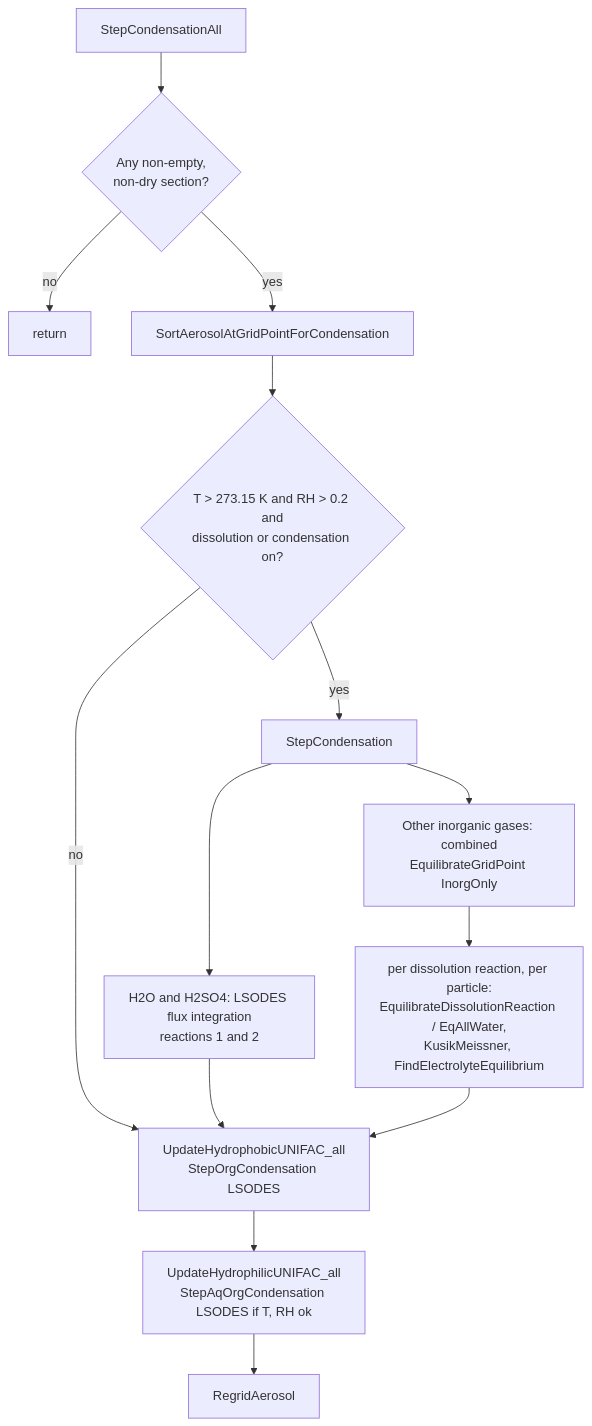
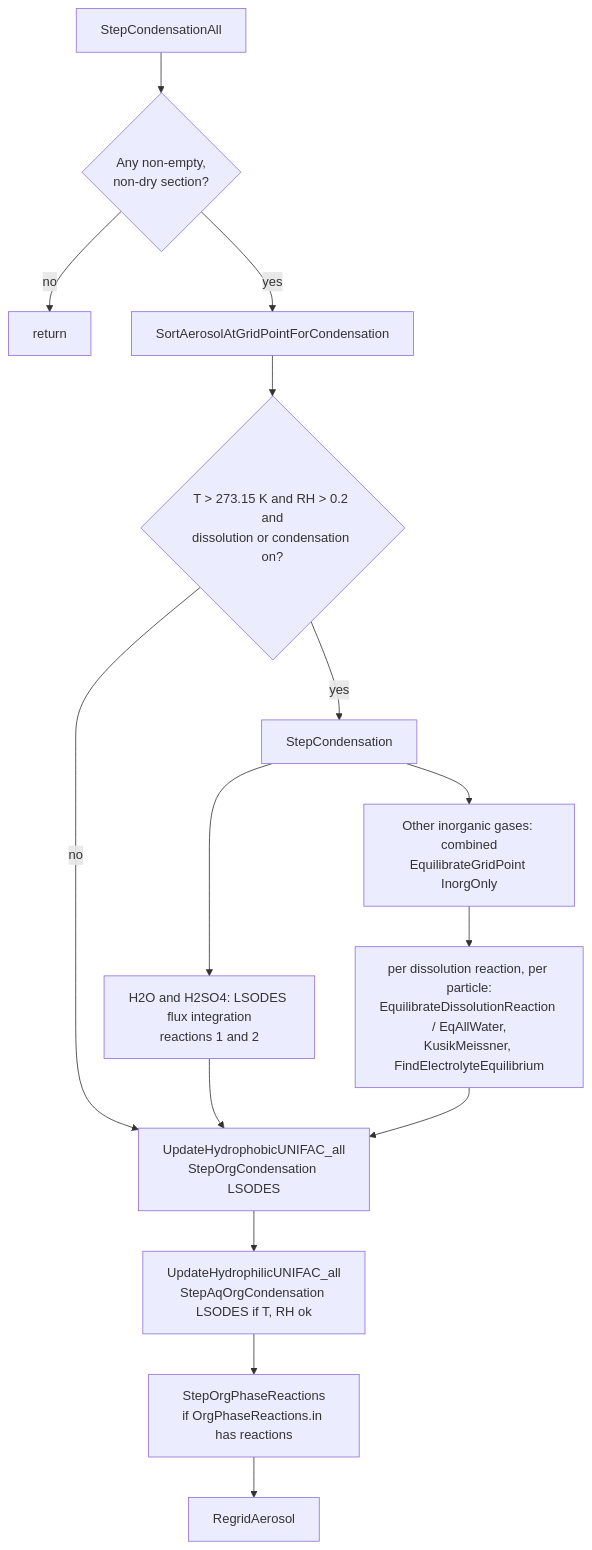
The second of 2 diagrams in ASP_CondTest_InformationFlow.md (matt-alvarado/common_ASP), drawn with Mermaid before and after one commit. The commit also changed other lines of this file and 7 other files, not shown here.

````diff
--- a/ASP_CondTest_InformationFlow.md
+++ b/ASP_CondTest_InformationFlow.md
@@ -41,16 +43,17 @@
 ```mermaid
 flowchart TD
     S[StepCondensationAll] --> S0{Any non-empty,\nnon-dry section?}
     S0 -- no --> Z[return]
     S0 -- yes --> S1[SortAerosolAtGridPointForCondensation]
     S1 --> S2{T > 273.15 K and RH > 0.2 and\ndissolution or condensation on?}
     S2 -- yes --> C1[StepCondensation]
     S2 -- no --> S3
     C1 --> C2[H2O and H2SO4: LSODES flux integration\nreactions 1 and 2]
     C1 --> C3[Other inorganic gases: combined\nEquilibrateGridPoint InorgOnly]
     C3 --> C4[per dissolution reaction, per particle:\nEquilibrateDissolutionReaction / EqAllWater,\nKusikMeissner, FindElectrolyteEquilibrium]
     C2 --> S3
     C4 --> S3[UpdateHydrophobicUNIFAC_all\nStepOrgCondensation LSODES]
     S3 --> S4[UpdateHydrophilicUNIFAC_all\nStepAqOrgCondensation LSODES if T, RH ok]
-    S4 --> S5[RegridAerosol]
+    S4 --> S4a[StepOrgPhaseReactions\nif OrgPhaseReactions.in has reactions]
+    S4a --> S5[RegridAerosol]
 ```
````
